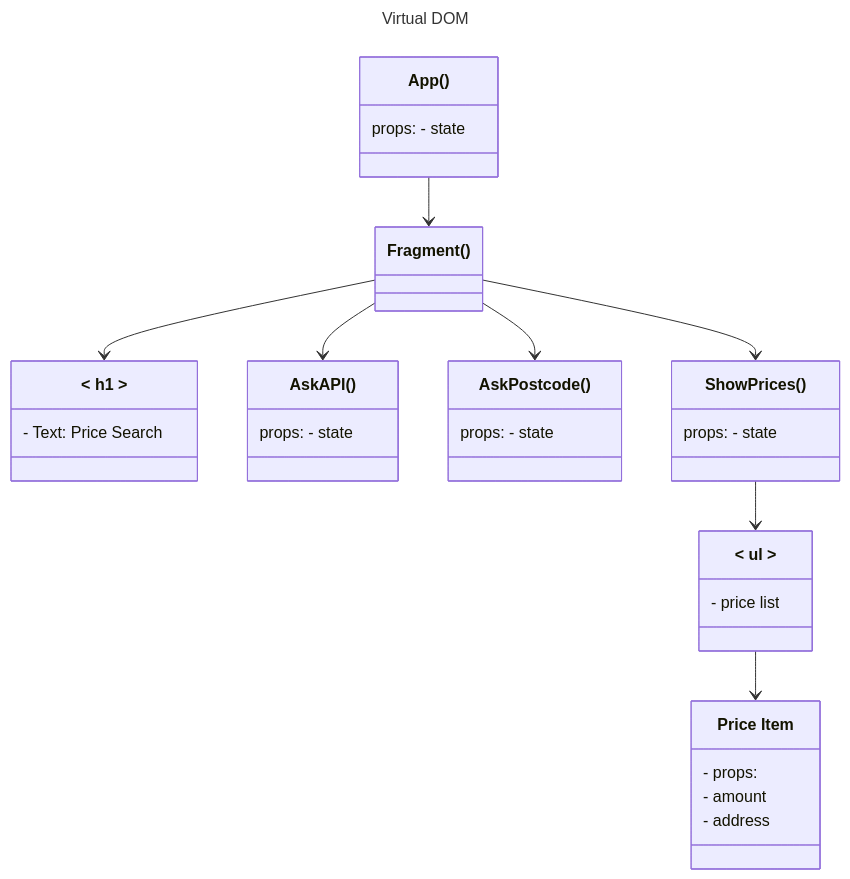
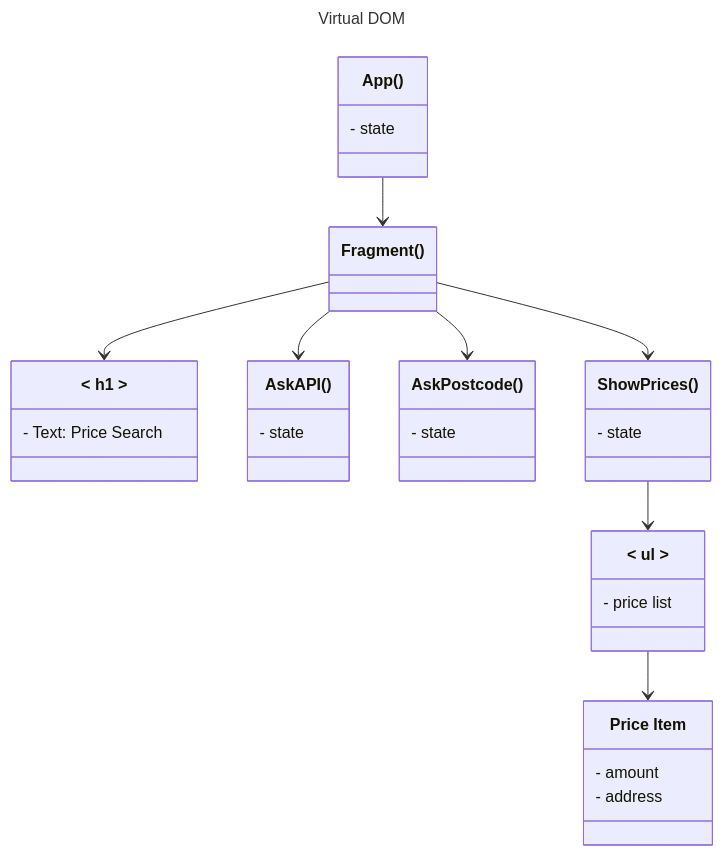
The diagram in app/app.md (andyvroberts/purple), drawn with Mermaid before and after one commit. The commit also changed 1 other file, not shown here.

Commit message:
virtual dom add

````diff
--- a/app/app.md
+++ b/app/app.md
@@ -40,40 +40,39 @@
 ```mermaid
 ---
 title: Virtual DOM
 ---
 classDiagram
     
     class App["App()"] {
-        props: - state
+        - state
     }
     class Fragment["Fragment()"]{
     }
     class Heading["< h1 >"]{
         - Text: Price Search
     }
     class ApiInput["AskAPI()"]{
-        props: - state
+        - state
     }
     class PostcodeInput["AskPostcode()"]{
-        props: - state
+        - state
     }
     class PriceList["ShowPrices()"]{
-        props: - state
+        - state
     }
     class UnorderedPrices["< ul >"]{
         - price list
     }
     class Price["Price Item"]{
-        - props:
         - amount
         - address
     }
 
     App --> Fragment
     Fragment --> Heading
     Fragment --> ApiInput
     Fragment --> PostcodeInput
     Fragment --> PriceList
     PriceList --> UnorderedPrices
     UnorderedPrices --> Price
 ```
````
